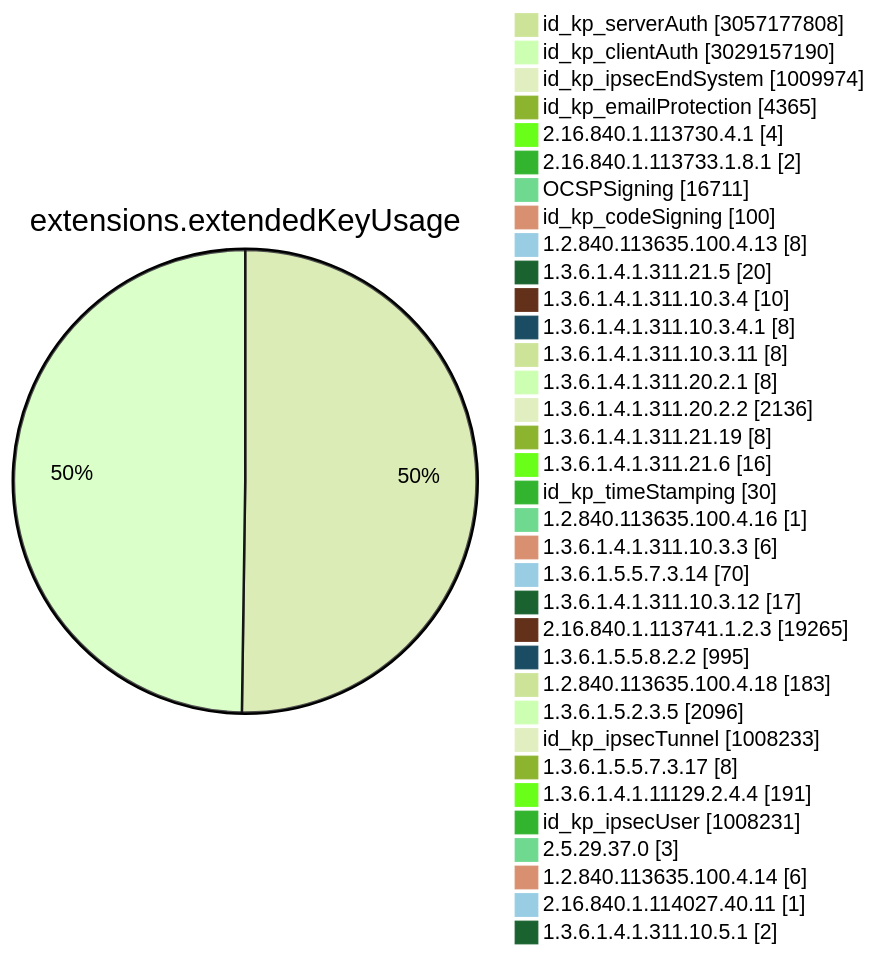
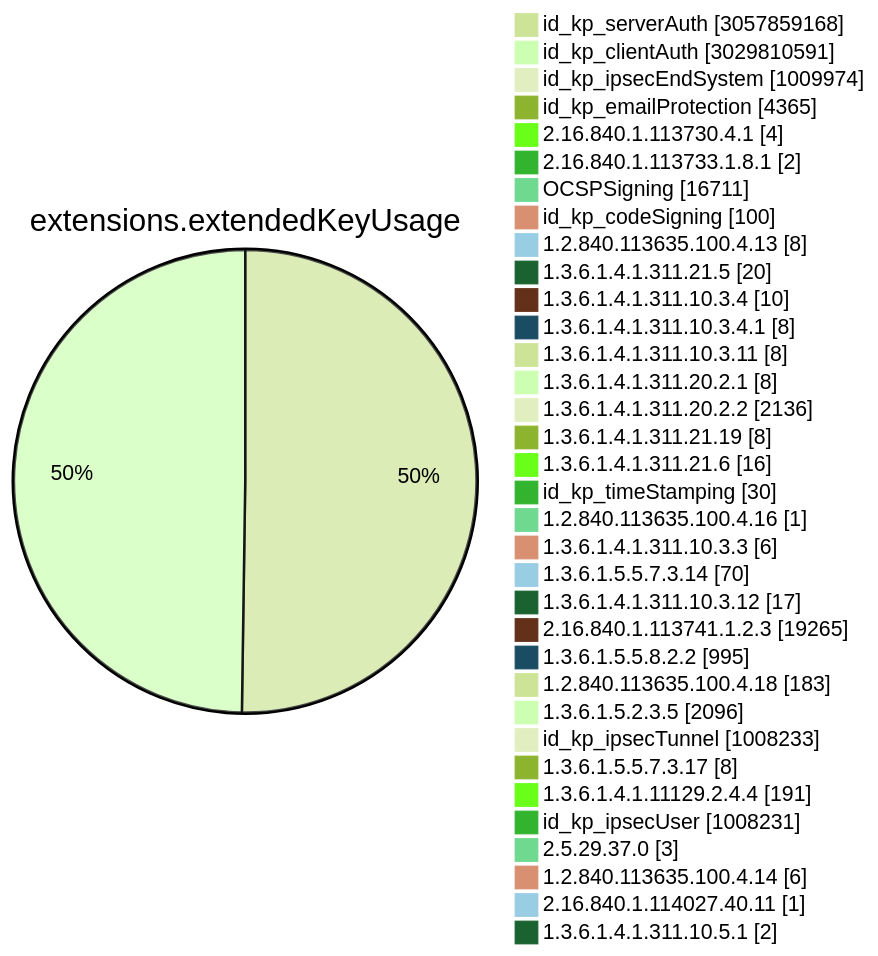
Before and after one commit to christiankrug/ctmonitor_visualization: diagram 11 of 15 in TOTAL/README.md, drawn with Mermaid (forest theme). The commit also changed other lines of this file, not shown here.

````diff
--- a/TOTAL/README.md
+++ b/TOTAL/README.md
@@ -4117,38 +4117,38 @@
 ```mermaid
 pie showData
 title extensions.extendedKeyUsage
-"id_kp_serverAuth" :3057177808
-"id_kp_clientAuth" :3029157190
+"id_kp_serverAuth" :3057859168
+"id_kp_clientAuth" :3029810591
 "id_kp_ipsecEndSystem" :1009974
 "id_kp_emailProtection" :4365
 "2.16.840.1.113730.4.1" :4
 "2.16.840.1.113733.1.8.1" :2
 "OCSPSigning" :16711
 "id_kp_codeSigning" :100
 "1.2.840.113635.100.4.13" :8
 "1.3.6.1.4.1.311.21.5" :20
 "1.3.6.1.4.1.311.10.3.4" :10
 "1.3.6.1.4.1.311.10.3.4.1" :8
 "1.3.6.1.4.1.311.10.3.11" :8
 "1.3.6.1.4.1.311.20.2.1" :8
 "1.3.6.1.4.1.311.20.2.2" :2136
 "1.3.6.1.4.1.311.21.19" :8
 "1.3.6.1.4.1.311.21.6" :16
 "id_kp_timeStamping" :30
 "1.2.840.113635.100.4.16" :1
 "1.3.6.1.4.1.311.10.3.3" :6
 "1.3.6.1.5.5.7.3.14" :70
 "1.3.6.1.4.1.311.10.3.12" :17
 "2.16.840.1.113741.1.2.3" :19265
 "1.3.6.1.5.5.8.2.2" :995
 "1.2.840.113635.100.4.18" :183
 "1.3.6.1.5.2.3.5" :2096
 "id_kp_ipsecTunnel" :1008233
 "1.3.6.1.5.5.7.3.17" :8
 "1.3.6.1.4.1.11129.2.4.4" :191
 "id_kp_ipsecUser" :1008231
 "2.5.29.37.0" :3
 "1.2.840.113635.100.4.14" :6
 "2.16.840.1.114027.40.11" :1
 "1.3.6.1.4.1.311.10.5.1" :2
 ```
````
